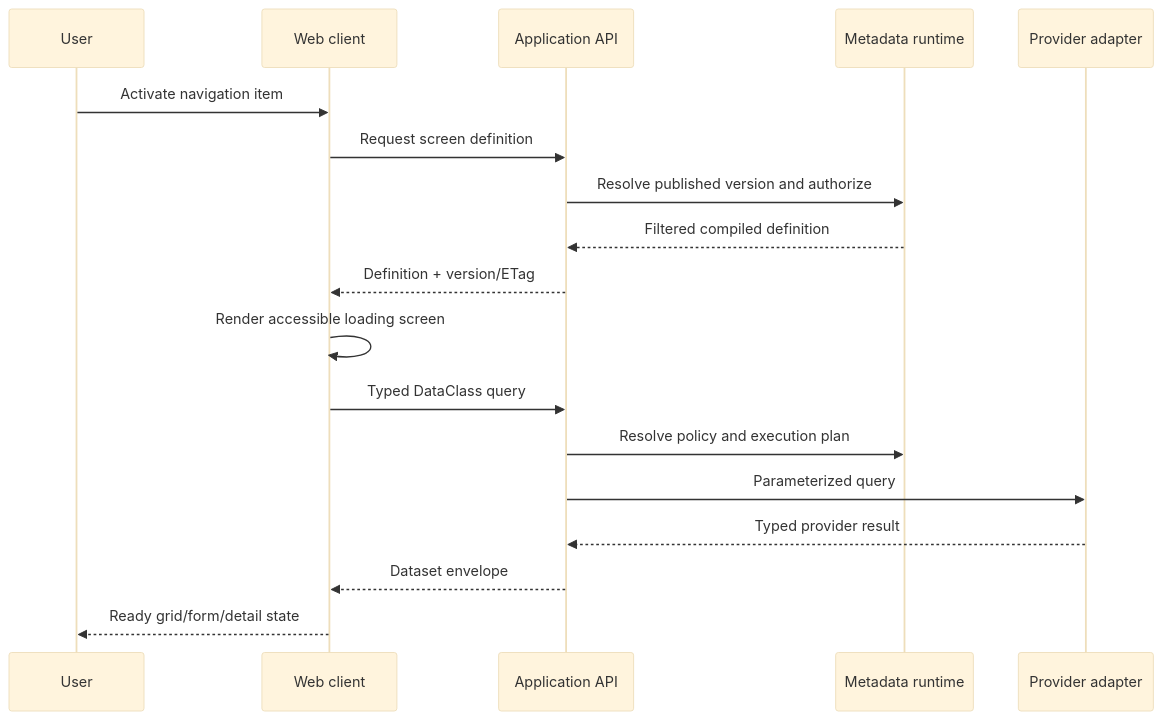
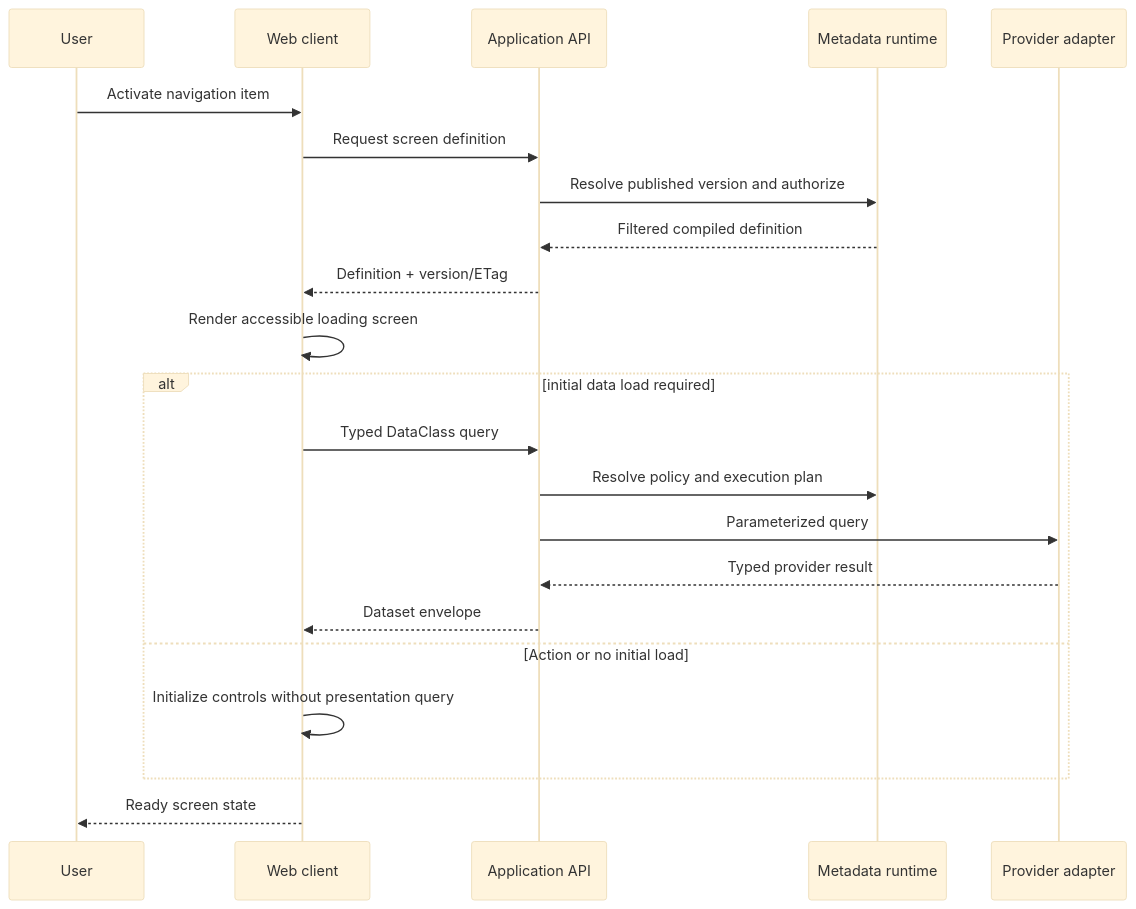
The sixth of 6 diagrams in docs/MODERN_WEB_SYSTEM_DESIGN.md (mraysmit/annper), drawn with Mermaid (base theme) before and after one commit. The commit also changed other lines of this file and 5 other files, not shown here.

````diff
--- a/docs/MODERN_WEB_SYSTEM_DESIGN.md
+++ b/docs/MODERN_WEB_SYSTEM_DESIGN.md
@@ -1781,21 +1896,25 @@
 ```mermaid
 sequenceDiagram
     participant U as User
     participant W as Web client
     participant A as Application API
     participant M as Metadata runtime
     participant D as Provider adapter
 
     U->>W: Activate navigation item
     W->>A: Request screen definition
     A->>M: Resolve published version and authorize
     M-->>A: Filtered compiled definition
     A-->>W: Definition + version/ETag
     W->>W: Render accessible loading screen
+    alt initial data load required
     W->>A: Typed DataClass query
     A->>M: Resolve policy and execution plan
     A->>D: Parameterized query
     D-->>A: Typed provider result
     A-->>W: Dataset envelope
-    W-->>U: Ready grid/form/detail state
+    else Action or no initial load
+    W->>W: Initialize controls without presentation query
+    end
+    W-->>U: Ready screen state
 ```
````
